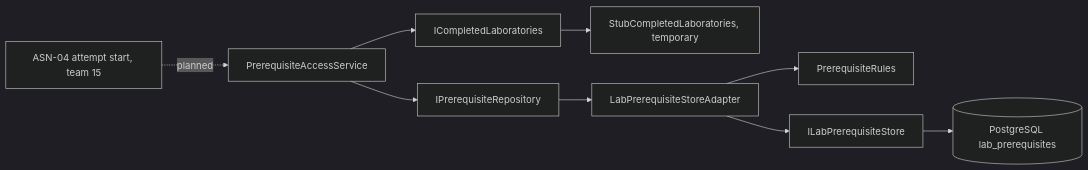
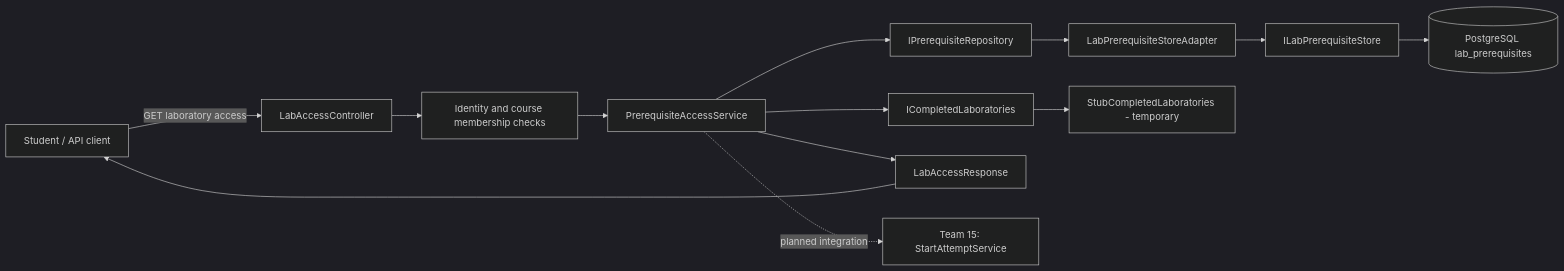
Before and after one commit to djufa762x39/security-lab: the first of 2 diagrams in docs/components/LAB-06-prerequisites.md, drawn with Mermaid (dark theme). The commit also changed other lines of this file, not shown here.

Commit message:
docs(LAB-06): update architecture and data flow diagrams

````diff
--- a/docs/components/LAB-06-prerequisites.md
+++ b/docs/components/LAB-06-prerequisites.md
@@ -26,11 +31,15 @@
 ```mermaid
 flowchart LR
-  ASN[ASN-04 attempt start, team 15] -. planned .-> ACCESS[PrerequisiteAccessService]
+  CLIENT[Student / API client] -->|GET laboratory access| API[LabAccessController]
+  API --> AUTH[Identity and course membership checks]
+  AUTH --> ACCESS[PrerequisiteAccessService]
   ACCESS --> REPO[IPrerequisiteRepository]
   ACCESS --> DONE[ICompletedLaboratories]
-  DONE --> STUB[StubCompletedLaboratories, temporary]
   REPO --> ADAPTER[LabPrerequisiteStoreAdapter]
-  ADAPTER --> RULES[PrerequisiteRules]
   ADAPTER --> STORE[ILabPrerequisiteStore]
   STORE --> DB[(PostgreSQL lab_prerequisites)]
+  DONE --> STUB[StubCompletedLaboratories - temporary]
+  ACCESS --> RESULT[LabAccessResponse]
+  RESULT --> CLIENT
+  ACCESS -. planned integration .-> START[Team 15: StartAttemptService]
 ```
````
